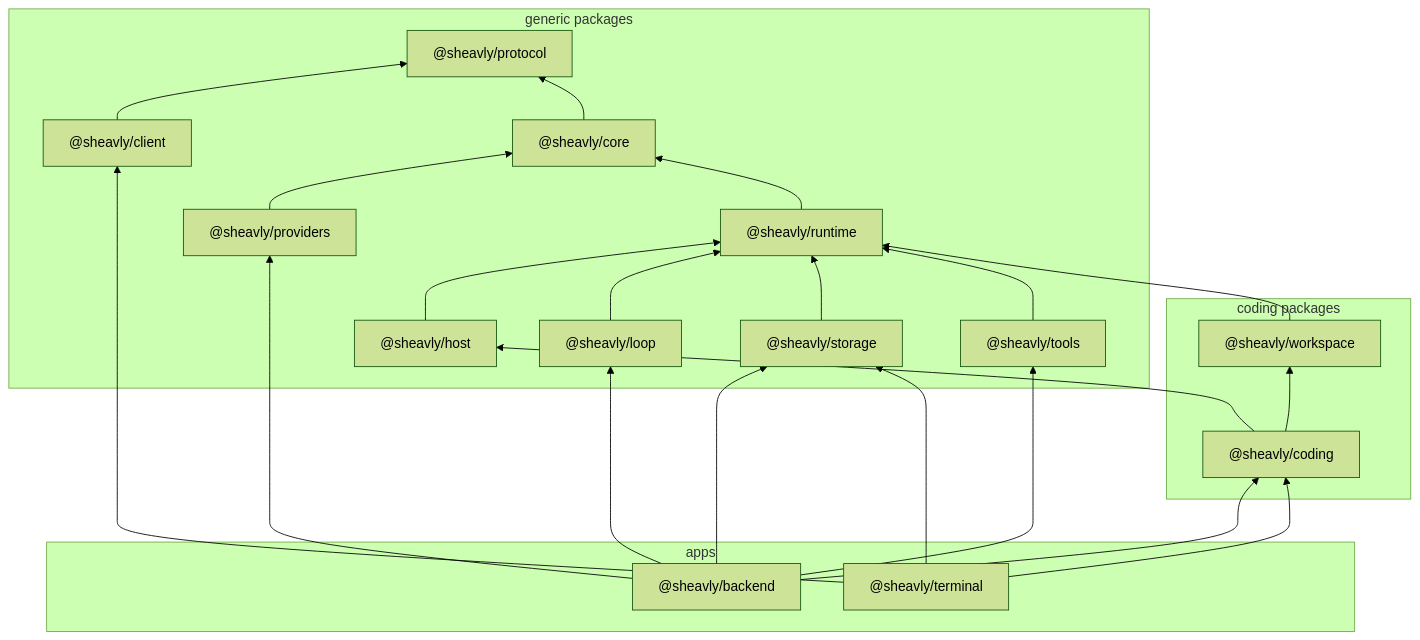
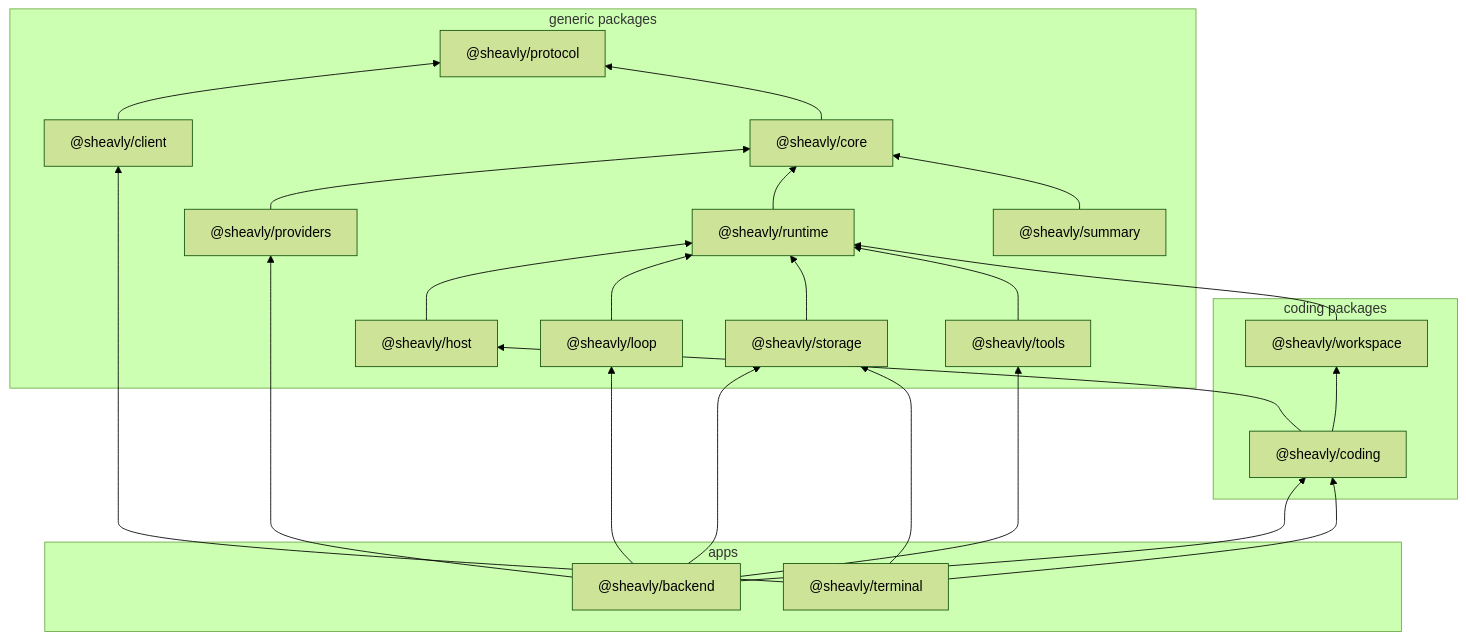
Before and after one commit to Sheavly/code: the diagram in docs/overview.md, drawn with Mermaid (forest theme). The commit also changed 51 other files, not shown here.

````diff
--- a/docs/overview.md
+++ b/docs/overview.md
@@ -35,41 +35,43 @@
 ```mermaid
 flowchart BT
   subgraph group_generic ["generic packages"]
     client["@sheavly/client"]
     core["@sheavly/core"]
     host["@sheavly/host"]
     loop["@sheavly/loop"]
     protocol["@sheavly/protocol"]
     providers["@sheavly/providers"]
     runtime["@sheavly/runtime"]
     storage["@sheavly/storage"]
+    summary["@sheavly/summary"]
     tools["@sheavly/tools"]
   end
   subgraph group_coding ["coding packages"]
     coding["@sheavly/coding"]
     workspace["@sheavly/workspace"]
   end
   subgraph group_apps ["apps"]
     backend["@sheavly/backend"]
     terminal["@sheavly/terminal"]
   end
   backend --> coding
   backend --> loop
   backend --> providers
   backend --> storage
   backend --> tools
   client --> protocol
   coding --> host
   coding --> workspace
   core --> protocol
   host --> runtime
   loop --> runtime
   providers --> core
   runtime --> core
   storage --> runtime
+  summary --> core
   terminal --> client
   terminal --> coding
   terminal --> storage
   tools --> runtime
   workspace --> runtime
 ```
````
